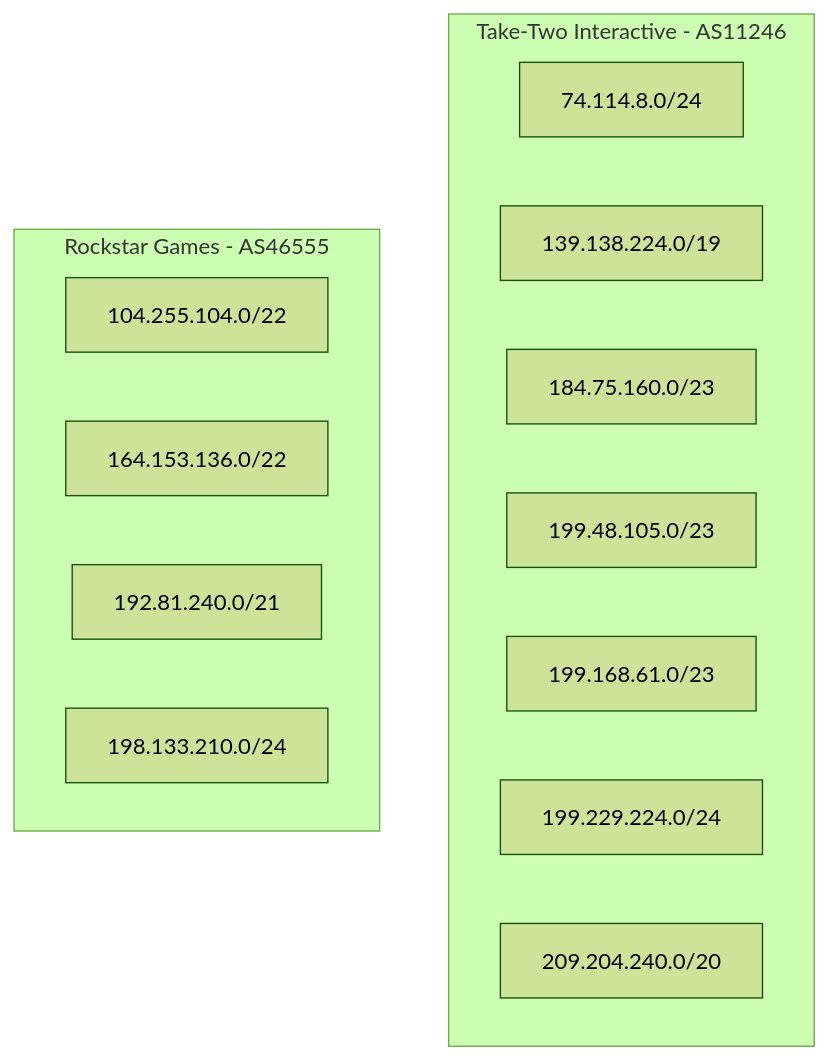
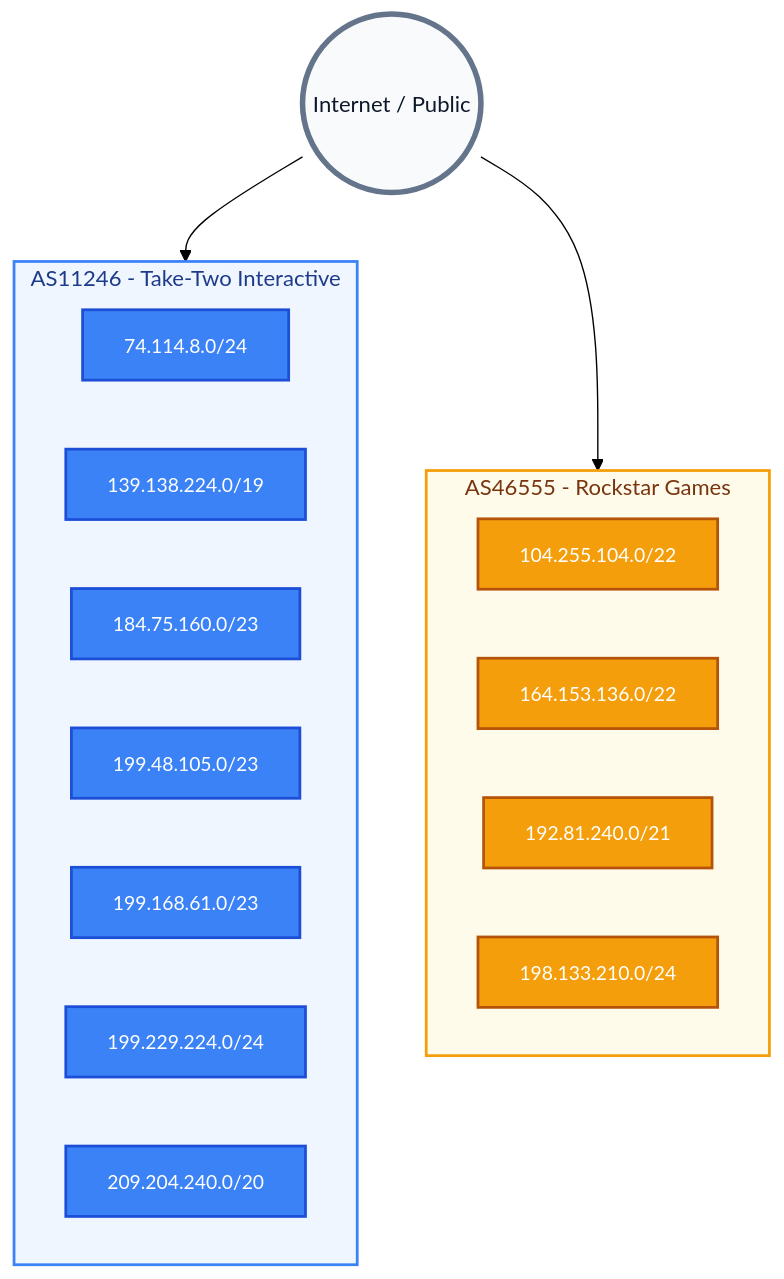
The first of 2 diagrams in README.md (ynwglobal/Take-Two), drawn with Mermaid (forest theme) before and after one commit. The commit also changed other lines of this file, not shown here.

````diff
--- a/README.md
+++ b/README.md
@@ -150,19 +152,35 @@
 ```mermaid
-graph TD
-    subgraph AS11246 [Take-Two Interactive - AS11246]
-        A1[74.114.8.0/24]
-        A2[139.138.224.0/19]
-        A3[184.75.160.0/23]
-        A4[199.48.105.0/23]
-        A5[199.168.61.0/23]
-        A6[199.229.224.0/24]
-        A7[209.204.240.0/20]
+graph TB
+    %% Global Styles
+    classDef internet fill:#f8fafc,stroke:#64748b,stroke-width:4px,color:#0f172a,font-size:16px;
+    classDef t2 fill:#3b82f6,stroke:#1d4ed8,stroke-width:2px,color:#ffffff,font-size:14px;
+    classDef rsg fill:#f59e0b,stroke:#b45309,stroke-width:2px,color:#ffffff,font-size:14px;
+
+    Internet((Internet / Public)):::internet
+
+    subgraph T2_ASN [AS11246 - Take-Two Interactive]
+        direction LR
+        A1[74.114.8.0/24]:::t2
+        A2[139.138.224.0/19]:::t2
+        A3[184.75.160.0/23]:::t2
+        A4[199.48.105.0/23]:::t2
+        A5[199.168.61.0/23]:::t2
+        A6[199.229.224.0/24]:::t2
+        A7[209.204.240.0/20]:::t2
     end
     
-    subgraph AS46555 [Rockstar Games - AS46555]
-        B1[104.255.104.0/22]
-        B2[164.153.136.0/22]
-        B3[192.81.240.0/21]
-        B4[198.133.210.0/24]
+    subgraph RSG_ASN [AS46555 - Rockstar Games]
+        direction LR
+        B1[104.255.104.0/22]:::rsg
+        B2[164.153.136.0/22]:::rsg
+        B3[192.81.240.0/21]:::rsg
+        B4[198.133.210.0/24]:::rsg
     end
+
+    Internet --> T2_ASN
+    Internet --> RSG_ASN
+
+    %% Styling Subgraphs
+    style T2_ASN fill:#eff6ff,stroke:#3b82f6,stroke-width:2px,color:#1e3a8a
+    style RSG_ASN fill:#fffbeb,stroke:#f59e0b,stroke-width:2px,color:#78350f
 ```
````
